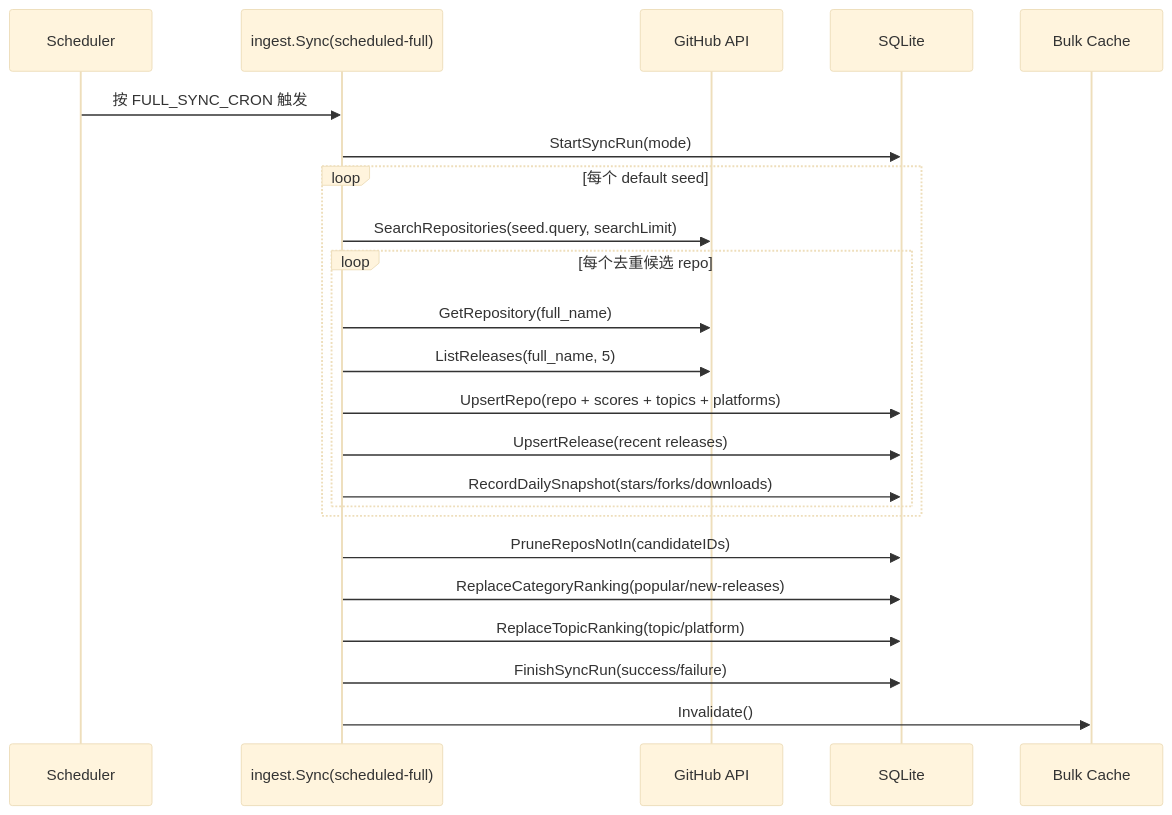
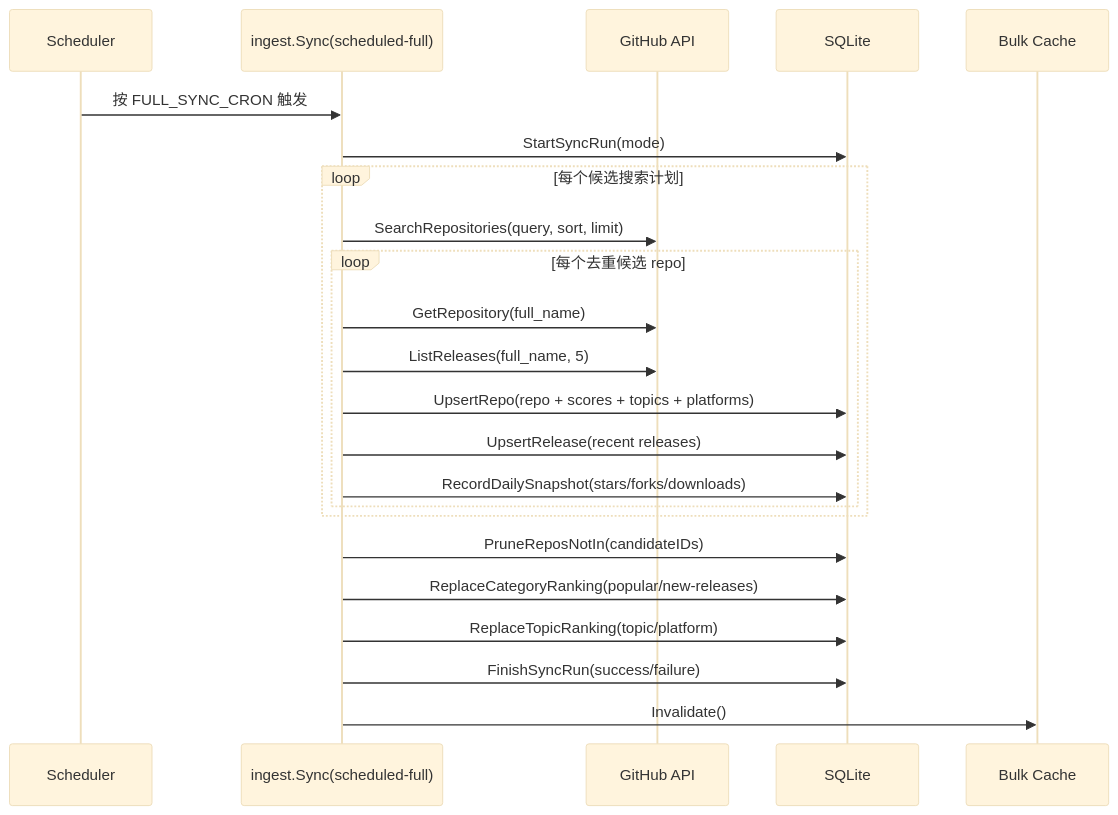
Before and after one commit to starcat-app/starcat-discovery-api: the second of 2 diagrams in README-ZH.md, drawn with Mermaid (base theme). The commit also changed other lines of this file and 7 other files, not shown here.

````diff
--- a/README-ZH.md
+++ b/README-ZH.md
@@ -148,26 +149,26 @@
 ```mermaid
 sequenceDiagram
     participant Scheduler as Scheduler
     participant Ingest as ingest.Sync(scheduled-full)
     participant GitHub as GitHub API
     participant SQLite as SQLite
     participant BulkCache as Bulk Cache
 
     Scheduler->>Ingest: 按 FULL_SYNC_CRON 触发
     Ingest->>SQLite: StartSyncRun(mode)
-    loop 每个 default seed
-        Ingest->>GitHub: SearchRepositories(seed.query, searchLimit)
+    loop 每个候选搜索计划
+        Ingest->>GitHub: SearchRepositories(query, sort, limit)
         loop 每个去重候选 repo
             Ingest->>GitHub: GetRepository(full_name)
             Ingest->>GitHub: ListReleases(full_name, 5)
             Ingest->>SQLite: UpsertRepo(repo + scores + topics + platforms)
             Ingest->>SQLite: UpsertRelease(recent releases)
             Ingest->>SQLite: RecordDailySnapshot(stars/forks/downloads)
         end
     end
     Ingest->>SQLite: PruneReposNotIn(candidateIDs)
     Ingest->>SQLite: ReplaceCategoryRanking(popular/new-releases)
     Ingest->>SQLite: ReplaceTopicRanking(topic/platform)
     Ingest->>SQLite: FinishSyncRun(success/failure)
     Ingest->>BulkCache: Invalidate()
 ```
````
